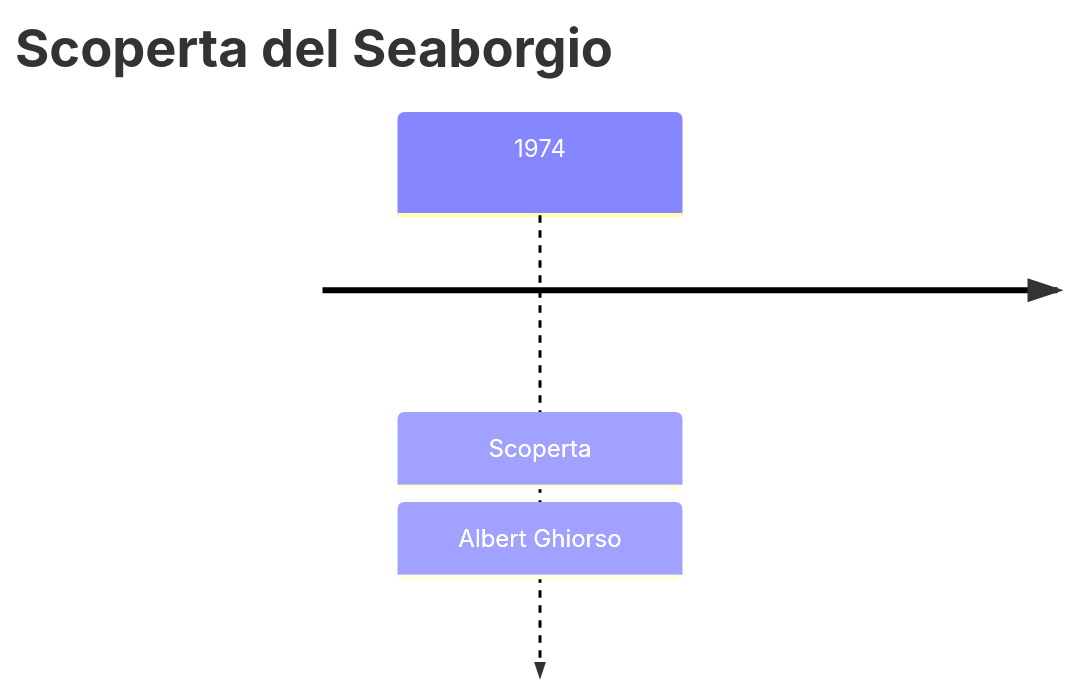
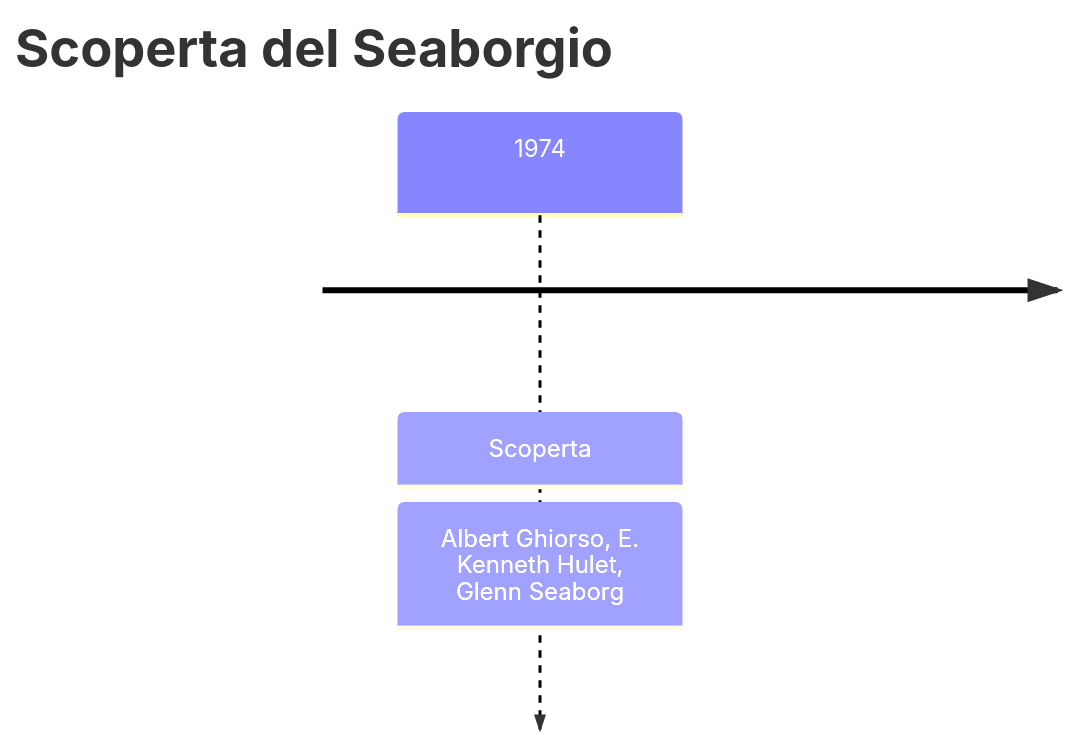
The first of 2 diagrams in vault/Elementi/Seaborgio.md (gianlucaciarcelluti/elements-caos), drawn with Mermaid before and after one commit. The commit also changed other lines of this file and 13 other files, not shown here.

````diff
--- a/vault/Elementi/Seaborgio.md
+++ b/vault/Elementi/Seaborgio.md
@@ -28,5 +28,5 @@
 ```mermaid
 timeline
     title Scoperta del Seaborgio
-    1974 : Scoperta : Albert Ghiorso
+    1974 : Scoperta : Albert Ghiorso, E. Kenneth Hulet, Glenn Seaborg
 ```
````
